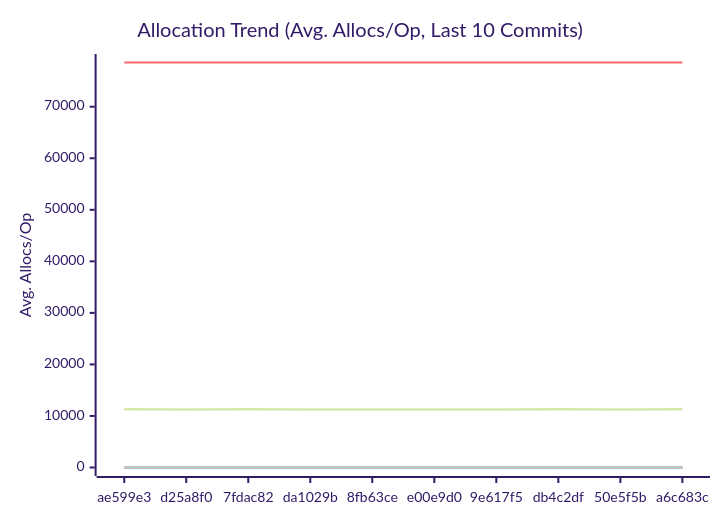
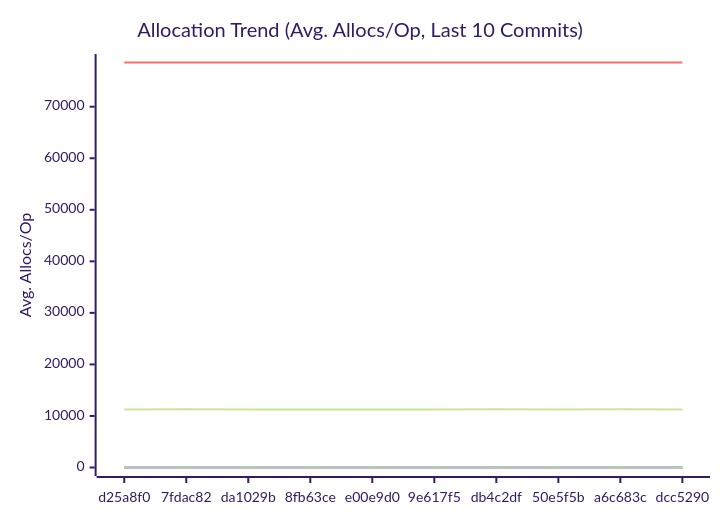
Before and after one commit to alsotoes/momo: the third of 3 diagrams in docs/PERFORMANCE.md, drawn with Mermaid (forest theme). The commit also changed other lines of this file and 2 other files, not shown here.

````diff
--- a/docs/PERFORMANCE.md
+++ b/docs/PERFORMANCE.md
@@ -197,20 +197,20 @@
 ```mermaid
 xychart-beta
     title "Allocation Trend (Avg. Allocs/Op, Last 10 Commits)"
     x-axis "Commit"
     y-axis "Avg. Allocs/Op"
-    x-axis [ae599e3,d25a8f0,7fdac82,da1029b,8fb63ce,e00e9d0,9e617f5,db4c2df,50e5f5b,a6c683c]
-    line "AWSChunkedReaderSigned" [11278,11276,11292,11270,11274,11274,11275,11292,11274,11284]
-    line "AWSChunkedReaderUnsigned" [78570,78570,78560,78555,78563,78570,78558,78578,78566,78561]
+    x-axis [d25a8f0,7fdac82,da1029b,8fb63ce,e00e9d0,9e617f5,db4c2df,50e5f5b,a6c683c,dcc5290]
+    line "AWSChunkedReaderSigned" [11276,11292,11270,11274,11274,11275,11292,11274,11284,11270]
+    line "AWSChunkedReaderUnsigned" [78570,78560,78555,78563,78570,78558,78578,78566,78561,78559]
     line "CheckMetricsAndSwap" [0,0,0,0,0,0,0,0,0,0]
     line "CrushOptimized" [0,0,0,0,0,0,0,0,0,0]
     line "CrushOriginal" [3,3,3,3,3,3,3,3,3,3]
     line "IndexDirectTracking" [0,0,0,0,0,0,0,0,0,0]
     line "IndexSearch" [0,0,0,0,0,0,0,0,0,0]
     line "LoadGlobalConfig" [54,54,54,54,54,54,54,54,54,54]
     line "PadString" [1,1,1,1,1,1,1,1,1,1]
     line "ParseReplicationOrder_NoPrealloc" [6,6,6,6,6,5,5,5,5,5]
     line "ParseReplicationOrder_Prealloc" [2,2,2,2,2,1,1,1,1,1]
     line "SanitizeLog/Safe" [0,0,0,0,0,0,0,0,0,0]
     line "SanitizeLog/Unsafe" [1,1,1,1,1,1,1,1,1,1]
 ```
````
